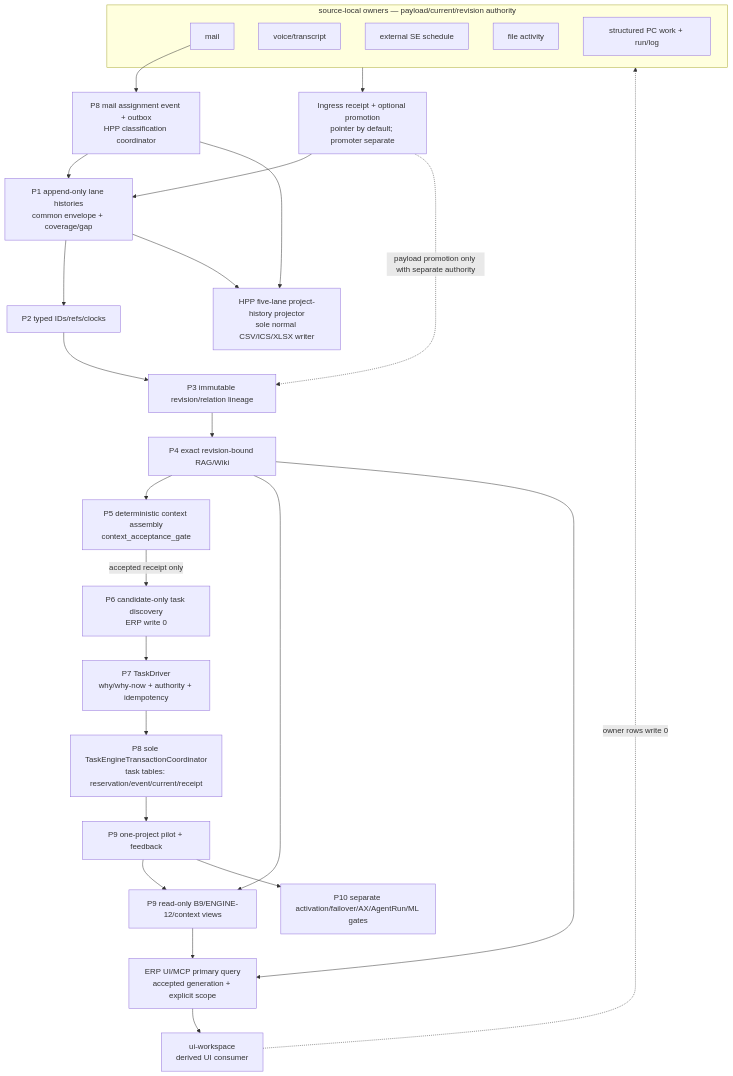
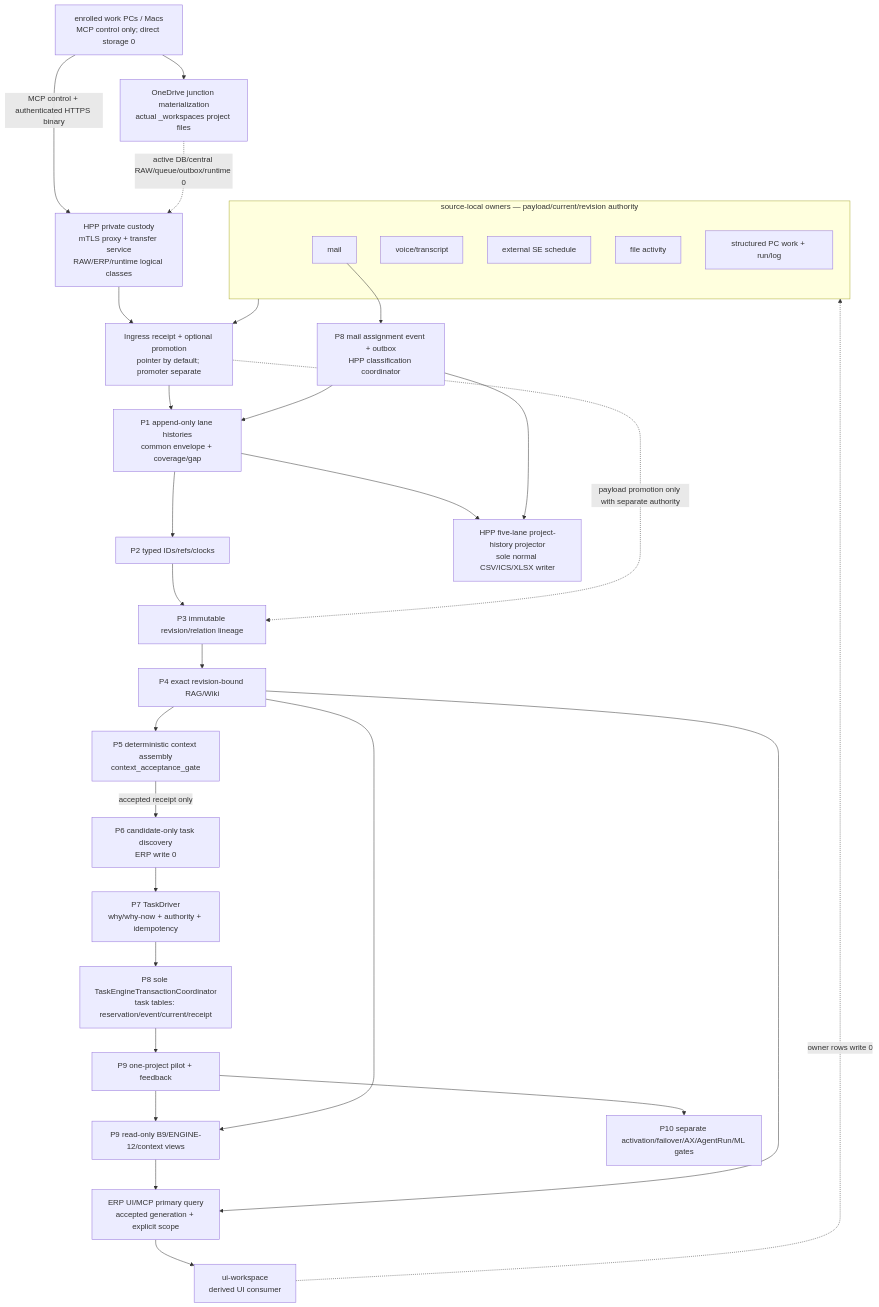
One commit to SungYongMOON/soulforge changed the third of 12 diagrams in ui-workspace/apps/dev-erp/docs/TASK_ENGINE_AX_WORKSPACE_BUILD_MASTER_PLAN_V0.md. Above: the diagram before and after it, drawn with Mermaid. The commit also changed other lines of this file and 8 other files, not shown here.

Commit message:
docs(task-engine): HPP MCP 접근 계획 보정 (codex_gpt-5)

````diff
--- a/ui-workspace/apps/dev-erp/docs/TASK_ENGINE_AX_WORKSPACE_BUILD_MASTER_PLAN_V0.md
+++ b/ui-workspace/apps/dev-erp/docs/TASK_ENGINE_AX_WORKSPACE_BUILD_MASTER_PLAN_V0.md
@@ -566,38 +590,44 @@
 ```mermaid
 flowchart TB
   subgraph SO["source-local owners — payload/current/revision authority"]
     M["mail"]
     V["voice/transcript"]
     S["external SE schedule"]
     F["file activity"]
     W["structured PC work + run/log"]
   end
   ING["Ingress receipt + optional promotion<br/>pointer by default; promoter separate"]
   H["P1 append-only lane histories<br/>common envelope + coverage/gap"]
   ID["P2 typed IDs/refs/clocks"]
   REV["P3 immutable revision/relation lineage"]
   RW["P4 exact revision-bound RAG/Wiki"]
   CTX["P5 deterministic context assembly<br/>context_acceptance_gate"]
   DISC["P6 candidate-only task discovery<br/>ERP write 0"]
   TD["P7 TaskDriver<br/>why/why-now + authority + idempotency"]
   TC["P8 sole TaskEngineTransactionCoordinator<br/>task tables: reservation/event/current/receipt"]
   MO["P8 mail assignment event + outbox<br/>HPP classification coordinator"]
   PH["HPP five-lane project-history projector<br/>sole normal CSV/ICS/XLSX writer"]
+  CL["enrolled work PCs / Macs<br/>MCP control only; direct storage 0"]
+  HX["HPP private custody<br/>mTLS proxy + transfer service<br/>RAW/ERP/runtime logical classes"]
+  OD["OneDrive junction materialization<br/>actual _workspaces project files"]
   PILOT["P9 one-project pilot + feedback"]
   READ["P9 read-only B9/ENGINE-12/context views"]
   QRY["ERP UI/MCP primary query<br/>accepted generation + explicit scope"]
   UI["ui-workspace<br/>derived UI consumer"]
   ACT["P10 separate activation/failover/AX/AgentRun/ML gates"]
 
   SO --> ING --> H --> ID --> REV --> RW --> CTX
+  CL -->|"MCP control + authenticated HTTPS binary"| HX --> ING
+  CL --> OD
+  OD -. "active DB/central RAW/queue/outbox/runtime 0" .-> HX
   CTX -->|"accepted receipt only"| DISC --> TD --> TC --> PILOT
   M --> MO --> H
   H --> PH
   MO --> PH
   PILOT --> READ --> QRY --> UI
   PILOT --> ACT
   RW --> READ
   RW --> QRY
   ING -. "payload promotion only with separate authority" .-> REV
   UI -. "owner rows write 0" .-> SO
 ```
````
